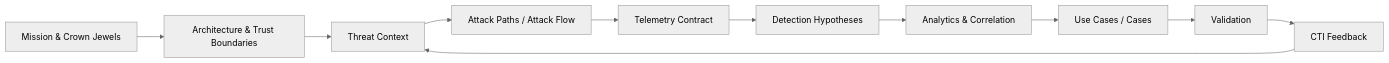
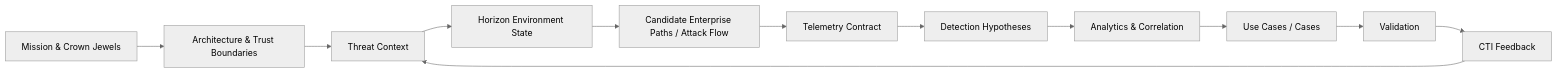
Before and after one commit to Ridd1kulusC0d3r/Cyber-Threat-Context-Modeling: the first of 2 diagrams in README.md, drawn with Mermaid (neutral theme). The commit also changed other lines of this file and 40 other files, not shown here.

First line of the commit message:
feat: TCE v0.5 Horizon predictive and preemptive enterprise defense

```diff
--- a/README.md
+++ b/README.md
@@ -24,13 +24,14 @@
 ~~~mermaid
 flowchart LR
     A[Mission & Crown Jewels] --> B[Architecture & Trust Boundaries]
     B --> C[Threat Context]
-    C --> D[Attack Paths / Attack Flow]
+    C --> Z[Horizon Environment State]
+    Z --> D[Candidate Enterprise Paths / Attack Flow]
     D --> E[Telemetry Contract]
     E --> F[Detection Hypotheses]
     F --> G[Analytics & Correlation]
-    G --> H[Use Cases / Cases]
-    H --> I[Validation]
+    G --> U[Use Cases / Cases]
+    U --> I[Validation]
     I --> J[CTI Feedback]
     J --> C
 ~~~
```
